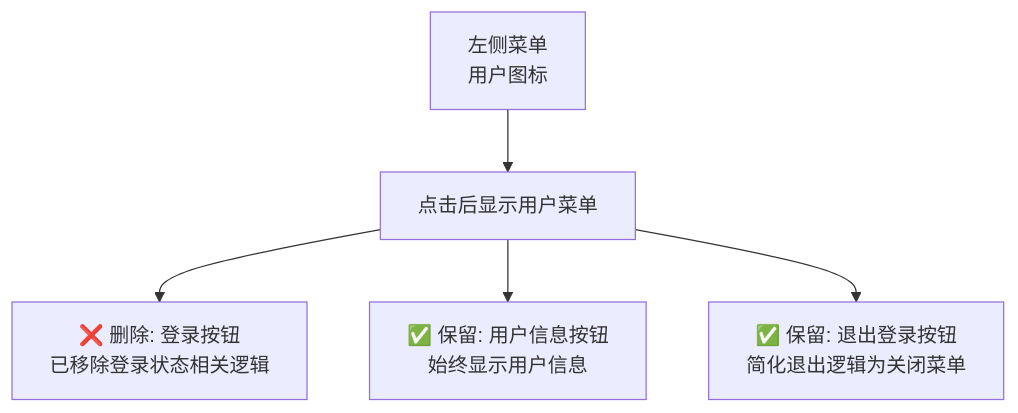
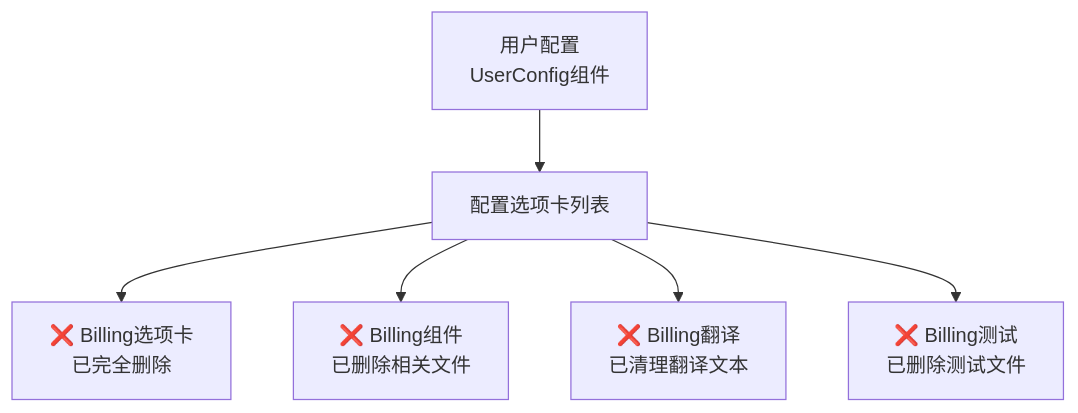
The diagram in plan.md (linwinfan/ZSChaterm), drawn with Mermaid before and after one commit. The commit also changed other lines of this file and 5 other files, not shown here.

````diff
--- a/plan.md
+++ b/plan.md
@@ -6,7 +6,8 @@
 ```mermaid
 graph TB
-    A[左侧菜单<br>用户图标] --> B[点击后显示用户菜单]
-    B --> C[❌ 删除: 登录按钮<br>已移除登录状态相关逻辑]
-    B --> D[✅ 保留: 用户信息按钮<br>始终显示用户信息]
-    B --> E[✅ 保留: 退出登录按钮<br>简化退出逻辑为关闭菜单]
+    A[用户配置<br>UserConfig组件] --> B[配置选项卡列表]
+    B --> C[❌ Billing选项卡<br>已完全删除]
+    B --> D[❌ Billing组件<br>已删除相关文件]
+    B --> E[❌ Billing翻译<br>已清理翻译文本]
+    B --> F[❌ Billing测试<br>已删除测试文件]
 ```
````
